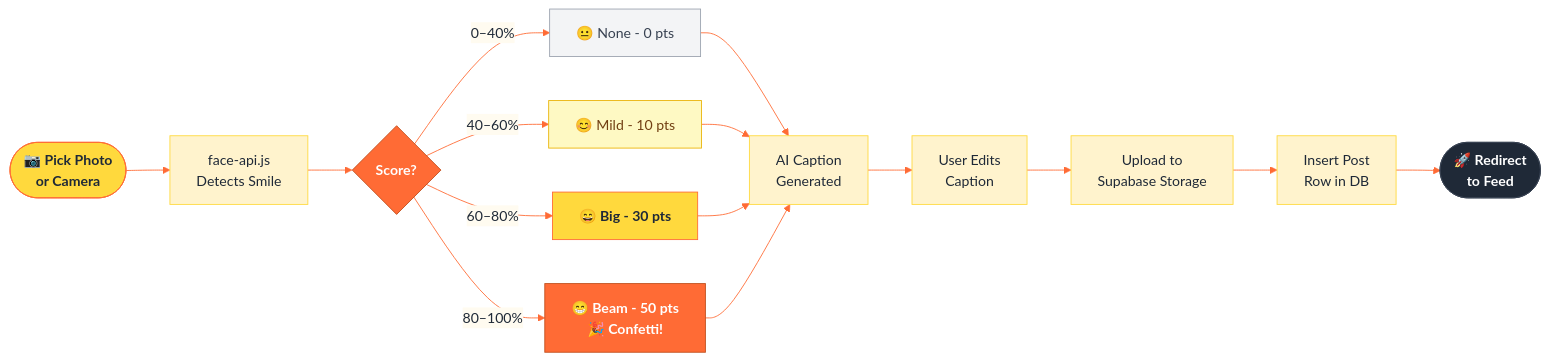
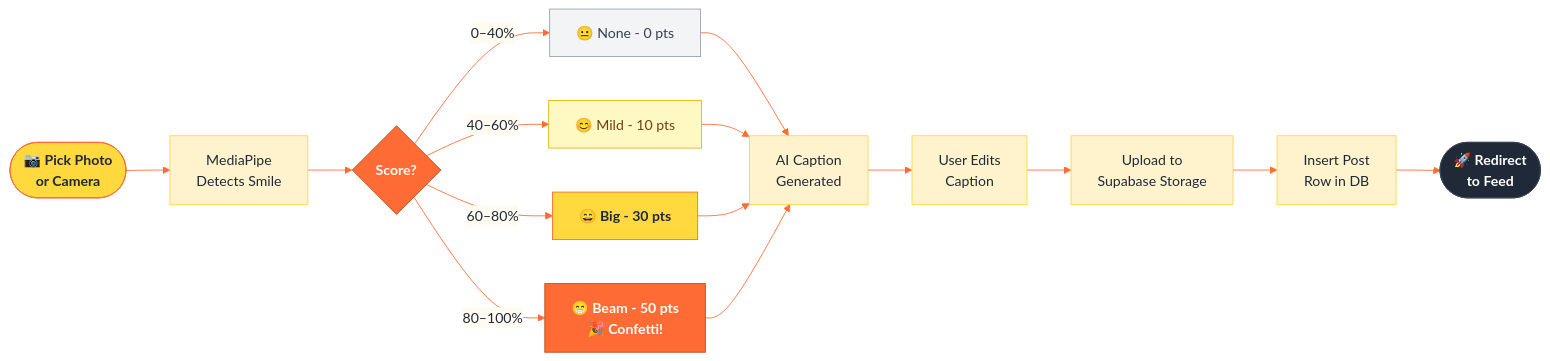
One commit to HackIndiaXYZ/vibe-coding-hackathon-2026-claduesss changed the second of 6 diagrams in README.md. Above: the diagram before and after it, drawn with Mermaid. The commit also changed other lines of this file, not shown here.

Commit message:
docs(readme): replace face-api.js with MediaPipe Face Mesh

````diff
--- a/README.md
+++ b/README.md
@@ -68,24 +68,24 @@
 ```mermaid
 %%{init: {'theme': 'base', 'themeVariables': {'primaryColor': '#FFD93D', 'primaryTextColor': '#1F2937', 'primaryBorderColor': '#FF6B35', 'lineColor': '#FF6B35', 'edgeLabelBackground': '#FFFBF0'}}}%%
 flowchart LR
     classDef start fill:#FFD93D,stroke:#FF6B35,color:#1F2937,font-weight:bold
     classDef process fill:#FFF3CD,stroke:#FFD93D,color:#1F2937
     classDef decision fill:#FF6B35,stroke:#c04e1c,color:#ffffff,font-weight:bold
     classDef tier0 fill:#F3F4F6,stroke:#9CA3AF,color:#374151
     classDef tier1 fill:#FEF9C3,stroke:#EAB308,color:#713F12
     classDef tier2 fill:#FFD93D,stroke:#FF6B35,color:#1F2937,font-weight:bold
     classDef tier3 fill:#FF6B35,stroke:#c04e1c,color:#ffffff,font-weight:bold
     classDef finish fill:#1F2937,stroke:#374151,color:#ffffff,font-weight:bold
 
-    A([📷 Pick Photo\nor Camera]):::start --> B[face-api.js\nDetects Smile]:::process
+    A([📷 Pick Photo\nor Camera]):::start --> B[MediaPipe\nDetects Smile]:::process
     B --> C{Score?}:::decision
     C -->|0–40%| D[😐 None - 0 pts]:::tier0
     C -->|40–60%| E[😊 Mild - 10 pts]:::tier1
     C -->|60–80%| F[😄 Big - 30 pts]:::tier2
     C -->|80–100%| G[😁 Beam - 50 pts\n🎉 Confetti!]:::tier3
     D & E & F & G --> H[AI Caption\nGenerated]:::process
     H --> I[User Edits\nCaption]:::process
     I --> J[Upload to\nSupabase Storage]:::process
     J --> K[Insert Post\nRow in DB]:::process
     K --> L([🚀 Redirect\nto Feed]):::finish
 ```
````
